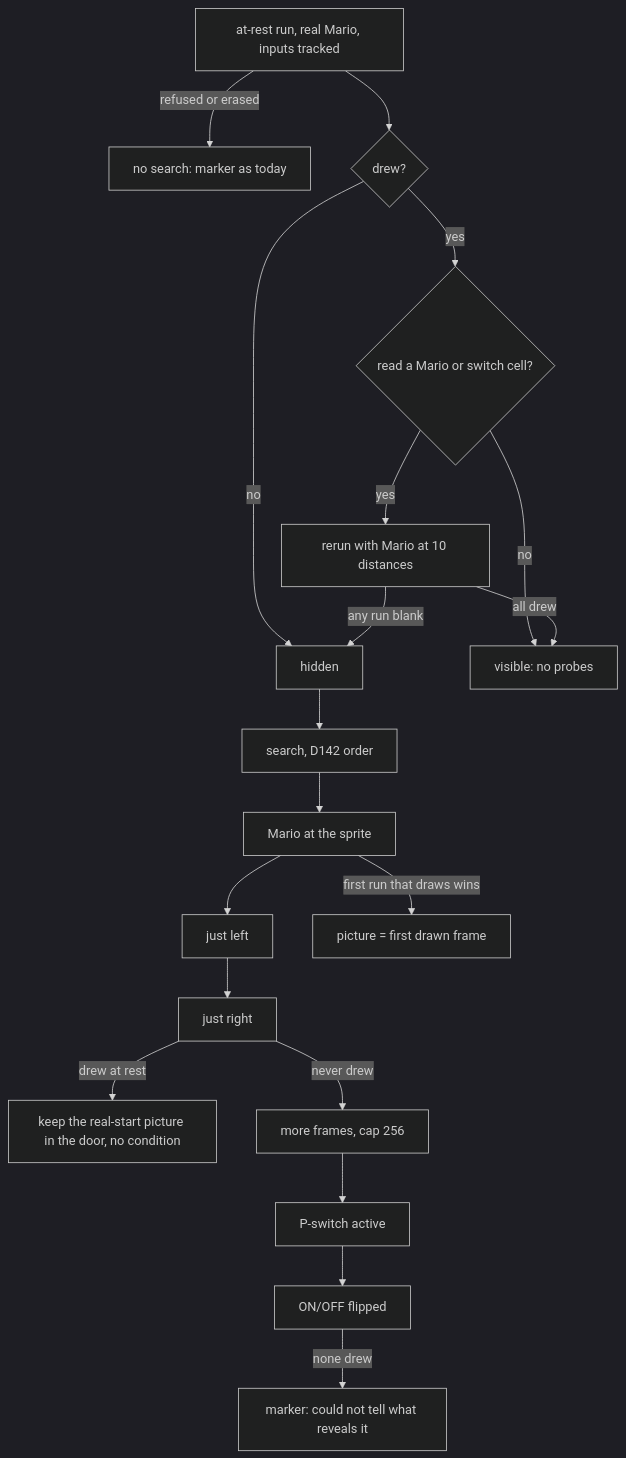
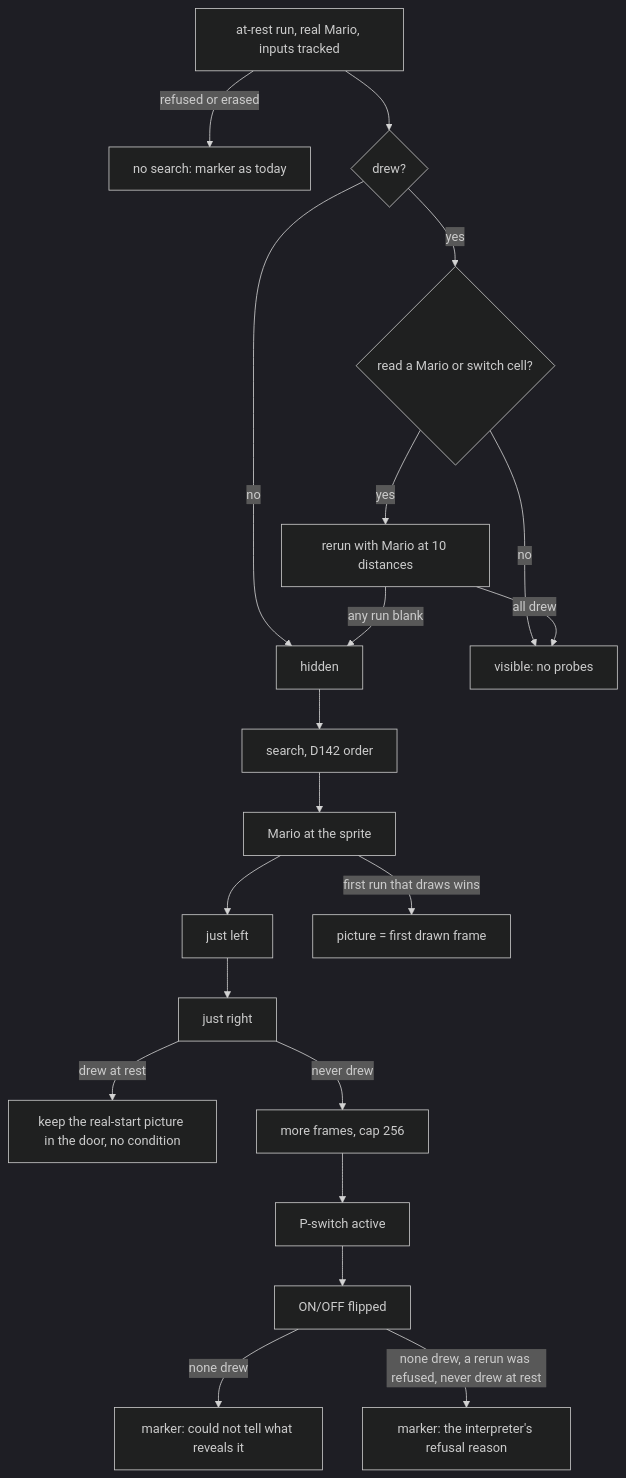
Before and after one commit to en-gen/hackbench: the diagram in docs/rom/reveal-search.md, drawn with Mermaid (dark theme). The commit also changed other lines of this file and 9 other files, not shown here.

````diff
--- a/docs/rom/reveal-search.md
+++ b/docs/rom/reveal-search.md
@@ -12,19 +12,20 @@
 ```mermaid
 flowchart TD
   A[at-rest run, real Mario, inputs tracked] -->|refused or erased| Z[no search: marker as today]
   A --> B{drew?}
   B -->|no| H[hidden]
   B -->|yes| K{read a Mario or switch cell?}
   K -->|no| V[visible: no probes]
   K -->|yes| C[rerun with Mario at 10 distances]
   C -->|any run blank| H
   C -->|all drew| V
   H --> S[search, D142 order]
   S --> S1[Mario at the sprite]
   S1 --> S2[just left] --> S3[just right]
   S3 -->|drew at rest| N[keep the real-start picture in the door, no condition]
   S3 -->|never drew| S4[more frames, cap 256]
   S4 --> S5[P-switch active] --> S6[ON/OFF flipped]
   S1 -->|first run that draws wins| P[picture = first drawn frame]
   S6 -->|none drew| M[marker: could not tell what reveals it]
+  S6 -->|none drew, a rerun was refused, never drew at rest| R[marker: the interpreter's refusal reason]
 ```
````
